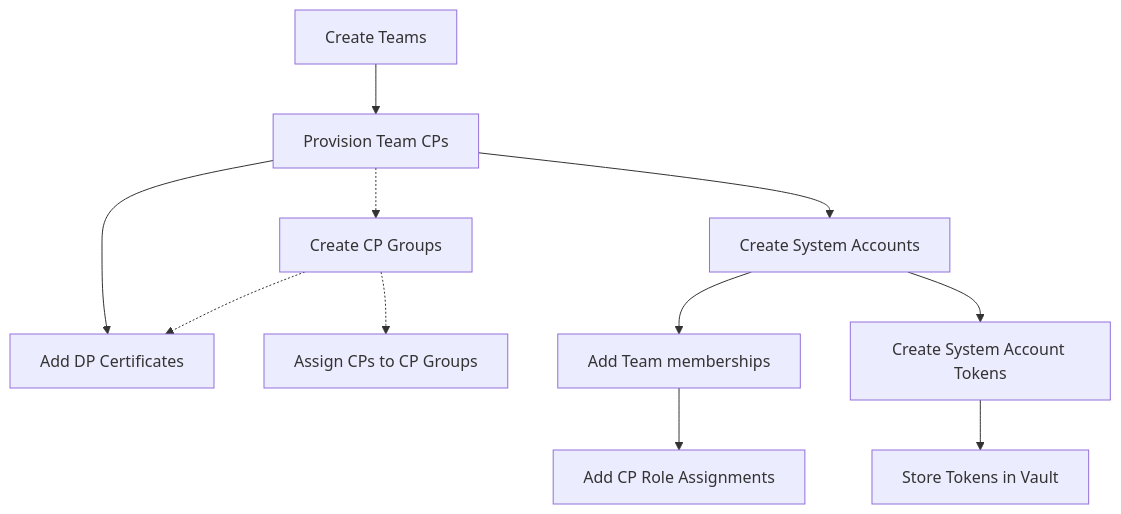
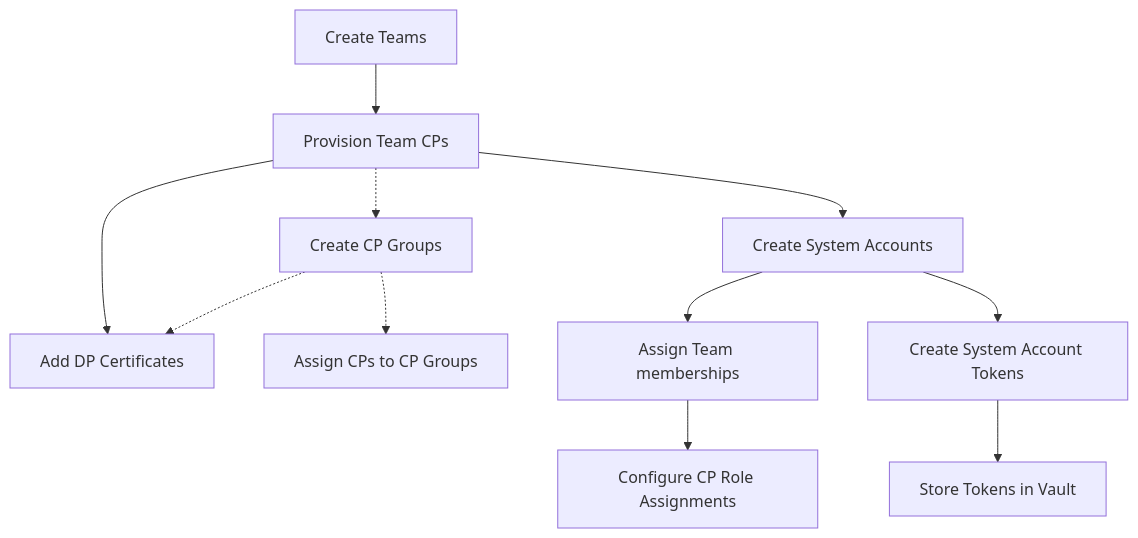
The third of 3 diagrams in README.md (pantsel/konnect-platform-ops-demo), drawn with Mermaid before and after one commit. The commit also changed other lines of this file, not shown here.

````diff
--- a/README.md
+++ b/README.md
@@ -134,20 +168,20 @@
 ```mermaid
 graph TD;
     A[Create Teams]
     B[Provision Team CPs]
     C[Create CP Groups]
     D[Add DP Certificates]
     E[Assign CPs to CP Groups]
     F[Create System Accounts]
-    G[Add Team memberships] --> H[Add CP Role Assignments]
+    G[Assign Team memberships] --> H[Configure CP Role Assignments]
     J[Create System Account Tokens] --> I[Store Tokens in Vault]
 
     A --> B
     B --> D
     B -.-> C
     C -.-> D
     C -.-> E
     B --> F
     F --> G
     F --> J
 ```
````
